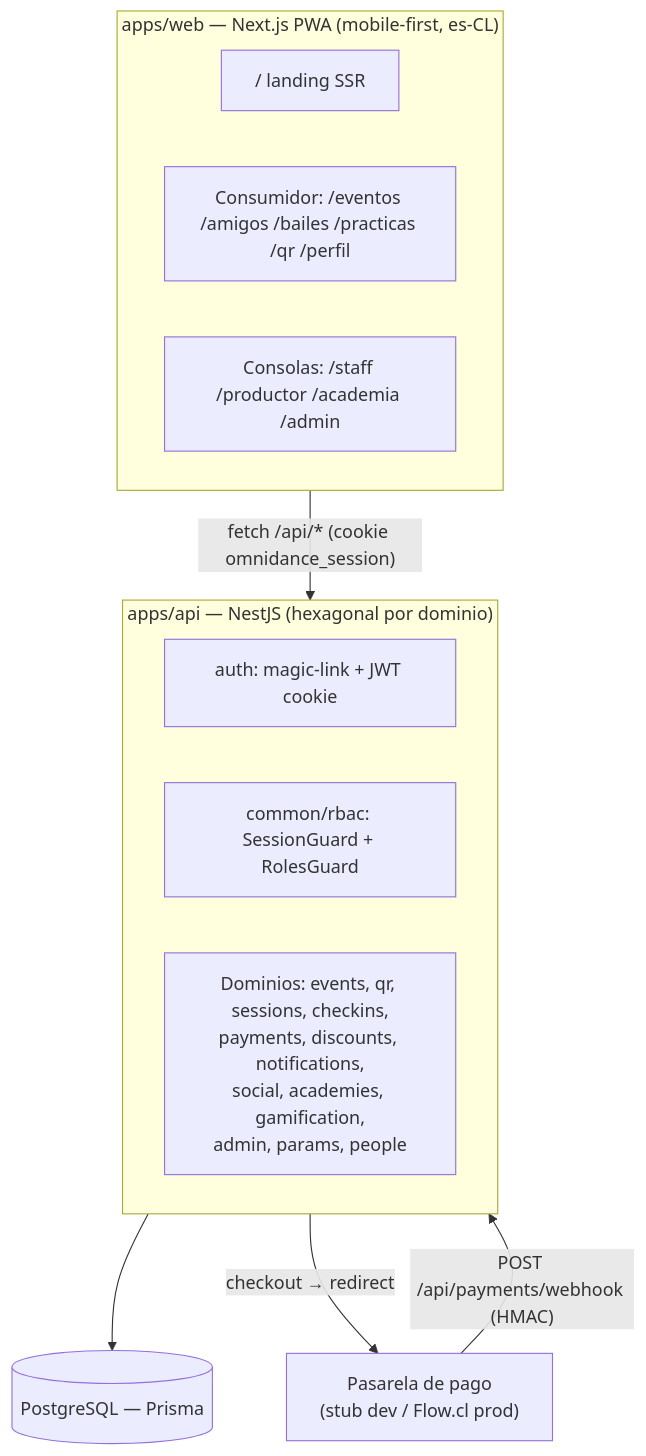
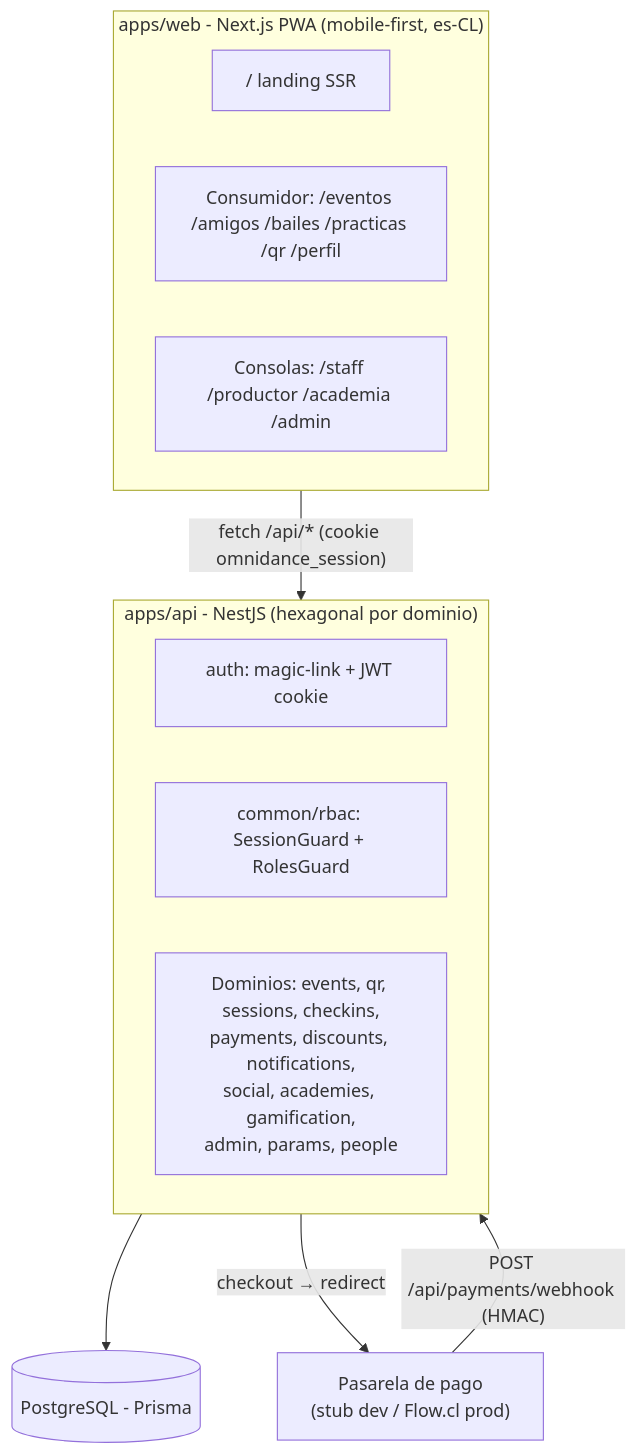
The first of 3 diagrams in docs/architecture.md (EduardoSalasG/omnidance), drawn with Mermaid before and after one commit. The commit also changed other lines of this file and 436 other files, not shown here.

````diff
--- a/docs/architecture.md
+++ b/docs/architecture.md
@@ -9,22 +9,22 @@
 ```mermaid
 graph TB
-    subgraph Client["apps/web — Next.js PWA (mobile-first, es-CL)"]
+    subgraph Client["apps/web - Next.js PWA (mobile-first, es-CL)"]
         Landing["/ landing SSR"]
         Consumer["Consumidor: /eventos /amigos /bailes /practicas /qr /perfil"]
         Ops["Consolas: /staff /productor /academia /admin"]
     end
 
-    subgraph API["apps/api — NestJS (hexagonal por dominio)"]
+    subgraph API["apps/api - NestJS (hexagonal por dominio)"]
         Auth["auth: magic-link + JWT cookie"]
         RBAC["common/rbac: SessionGuard + RolesGuard"]
         Domains["Dominios: events, qr, sessions, checkins,<br/>payments, discounts, notifications,<br/>social, academies, gamification,<br/>admin, params, people"]
     end
 
-    DB[(PostgreSQL — Prisma)]
+    DB[(PostgreSQL - Prisma)]
     Ext["Pasarela de pago<br/>(stub dev / Flow.cl prod)"]
 
     Client -->|"fetch /api/* (cookie omnidance_session)"| API
     API --> DB
     API -->|"checkout → redirect"| Ext
     Ext -->|"POST /api/payments/webhook (HMAC)"| API
 ```
````
